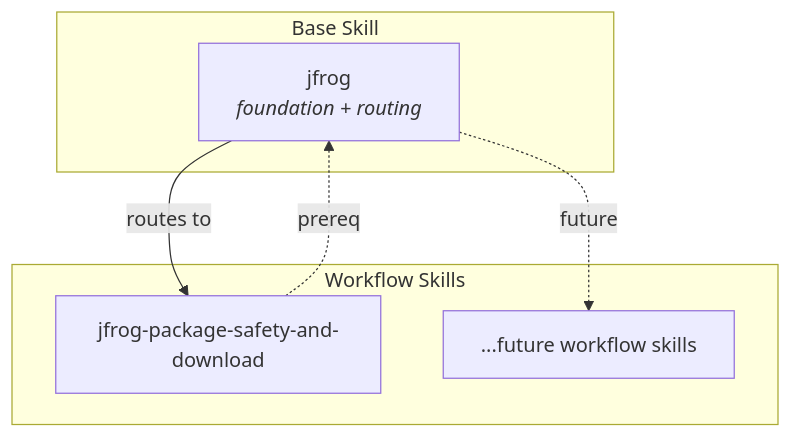
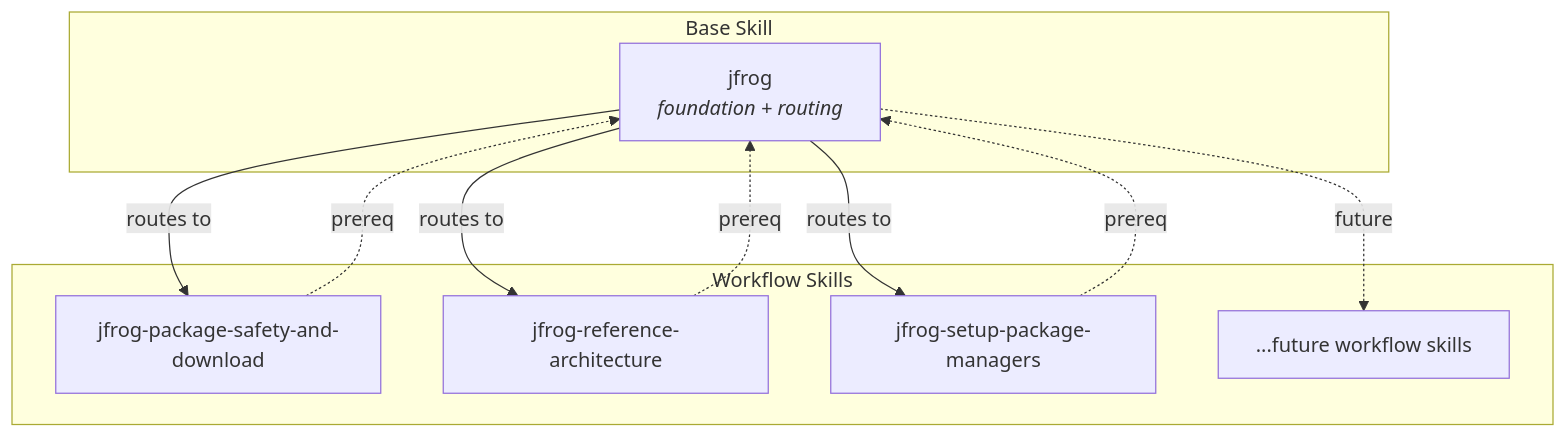
The first of 2 diagrams in ARCHITECTURE.md (jfrog/jfrog-skills), drawn with Mermaid before and after one commit. The commit also changed other lines of this file and 9 other files, not shown here.

````diff
--- a/ARCHITECTURE.md
+++ b/ARCHITECTURE.md
@@ -9,15 +9,21 @@
 ```mermaid
 flowchart TD
     subgraph base ["Base Skill"]
         JF["jfrog<br/><i>foundation + routing</i>"]
     end
 
     subgraph workflows ["Workflow Skills"]
         PS["jfrog-package-safety-and-download"]
+        RA["jfrog-reference-architecture"]
+        SPM["jfrog-setup-package-managers"]
         Future["...future workflow skills"]
     end
 
     JF -->|"routes to"| PS
+    JF -->|"routes to"| RA
+    JF -->|"routes to"| SPM
     JF -.->|"future"| Future
     PS -.->|"prereq"| JF
+    RA -.->|"prereq"| JF
+    SPM -.->|"prereq"| JF
 ```
````
